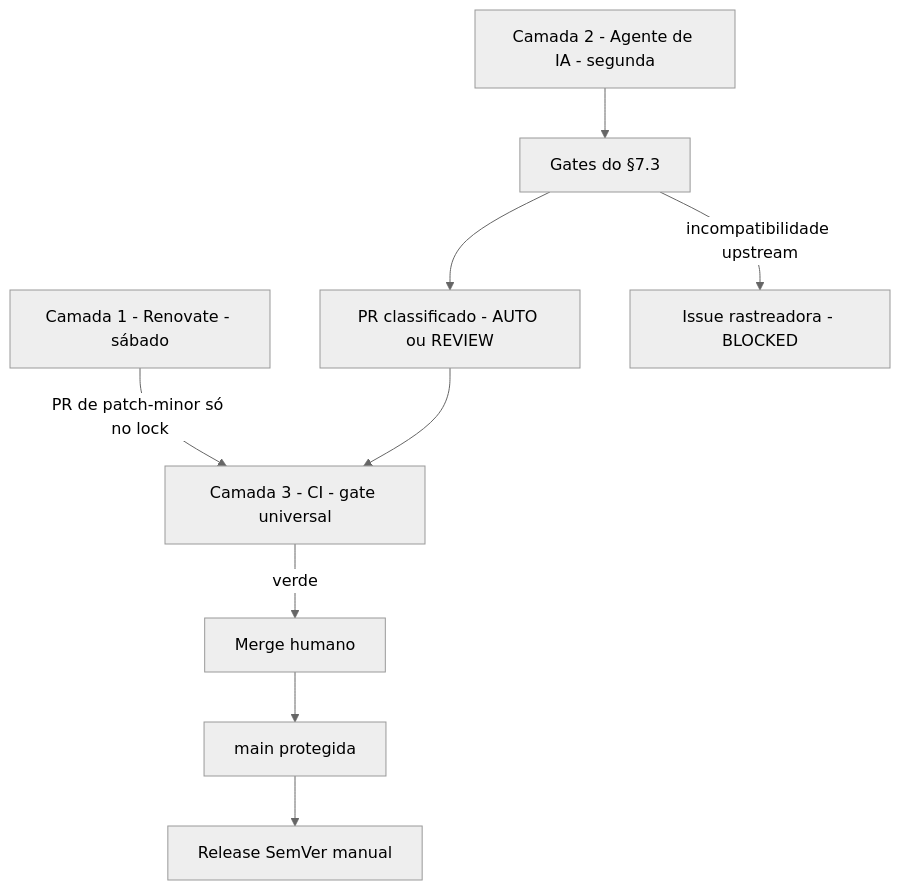
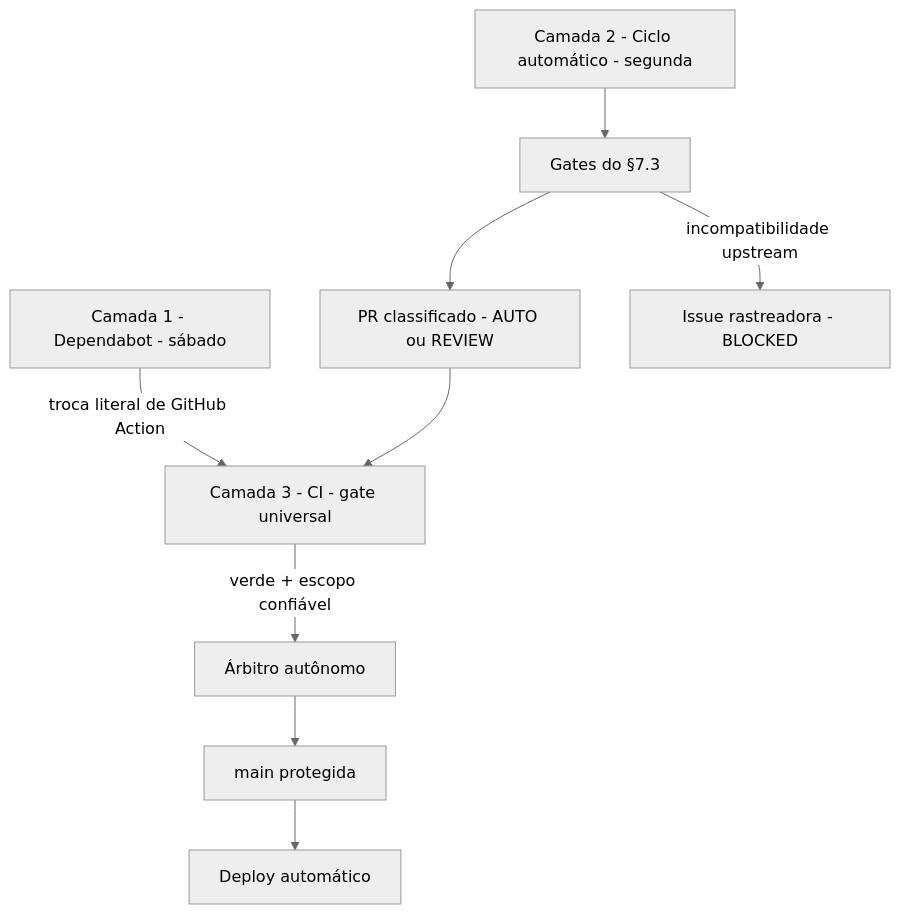
Before and after one commit to nandinhos/nando-lz: the second of 2 diagrams in README.md, drawn with Mermaid (neutral theme). The commit also changed other lines of this file and 5 other files, not shown here.

````diff
--- a/README.md
+++ b/README.md
@@ -329,11 +331,11 @@
 ```mermaid
 flowchart TD
-    RV[Camada 1 - Renovate - sábado] -->|PR de patch-minor só no lock| CI
-    AG[Camada 2 - Agente de IA - segunda] --> GT[Gates do §7.3]
+    DB[Camada 1 - Dependabot - sábado] -->|troca literal de GitHub Action| CI
+    AG[Camada 2 - Ciclo automático - segunda] --> GT[Gates do §7.3]
     GT --> PR[PR classificado - AUTO ou REVIEW]
     GT -->|incompatibilidade upstream| ISS[Issue rastreadora - BLOCKED]
     PR --> CI[Camada 3 - CI - gate universal]
-    CI -->|verde| MH[Merge humano]
-    MH --> MAIN[main protegida]
-    MAIN --> REL[Release SemVer manual]
+    CI -->|verde + escopo confiável| AM[Árbitro autônomo]
+    AM --> MAIN[main protegida]
+    MAIN --> DEPLOY[Deploy automático]
 ```
````
